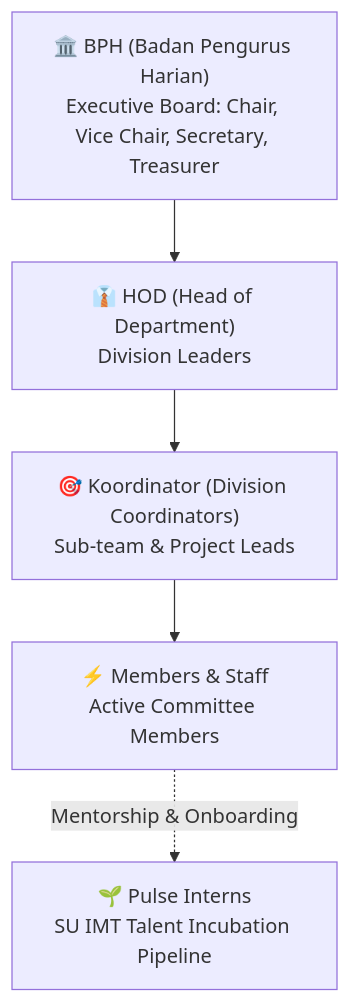
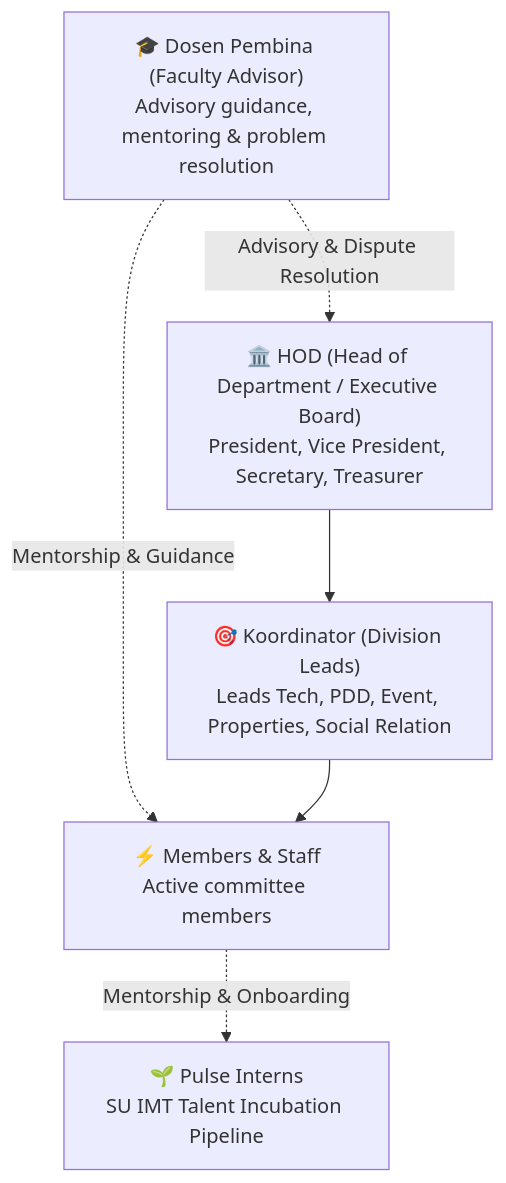
One commit to Sean-230/Himpun-Cloudcom changed the first of 5 diagrams in README.md. Above: the diagram before and after it, drawn with Mermaid. The commit also changed other lines of this file, not shown here.

````diff
--- a/README.md
+++ b/README.md
@@ -21,13 +21,14 @@
 ```mermaid
 flowchart TD
-    BPH["🏛️ BPH (Badan Pengurus Harian)<br/>Executive Board: Chair, Vice Chair, Secretary, Treasurer"]
-    HOD["👔 HOD (Head of Department)<br/>Division Leaders"]
-    KOOR["🎯 Koordinator (Division Coordinators)<br/>Sub-team & Project Leads"]
-    STAFF["⚡ Members & Staff<br/>Active Committee Members"]
+    DOSEN["🎓 Dosen Pembina (Faculty Advisor)<br/>Advisory guidance, mentoring & problem resolution"]
+    HOD["🏛️ HOD (Head of Department / Executive Board)<br/>President, Vice President, Secretary, Treasurer"]
+    KOOR["🎯 Koordinator (Division Leads)<br/>Leads Tech, PDD, Event, Properties, Social Relation"]
+    STAFF["⚡ Members & Staff<br/>Active committee members"]
     PULSE["🌱 Pulse Interns<br/>SU IMT Talent Incubation Pipeline"]
 
-    BPH --> HOD
+    DOSEN -. Advisory & Dispute Resolution .-> HOD
+    DOSEN -. Mentorship & Guidance .-> STAFF
     HOD --> KOOR
     KOOR --> STAFF
     STAFF -. Mentorship & Onboarding .-> PULSE
 ```
````
